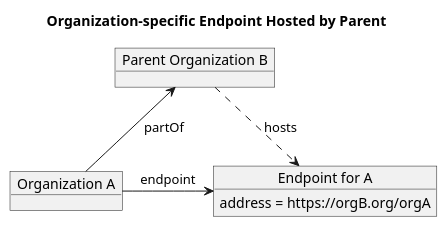
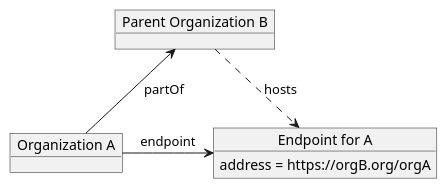
Before and after one commit to IHE/ITI.mCSD: the diagram in input/images-source/dir-org-specific-endpoint-parent.plantuml, drawn with PlantUML.

```diff
--- a/input/images-source/dir-org-specific-endpoint-parent.plantuml
+++ b/input/images-source/dir-org-specific-endpoint-parent.plantuml
@@ -1,15 +1,13 @@
 @startuml
 hide footbox
-
-title Organization-specific Endpoint Hosted by Parent
 
 object "Organization A" as OrganizationA
 object "Parent Organization B" as OrganizationB
 object "Endpoint for A" as EndpointA
 EndpointA : address = https://orgB.org/orgA
 
 OrganizationB <-- OrganizationA : partOf
 OrganizationA -> EndpointA : endpoint
 OrganizationB ..> EndpointA : hosts
 
 @enduml
```
